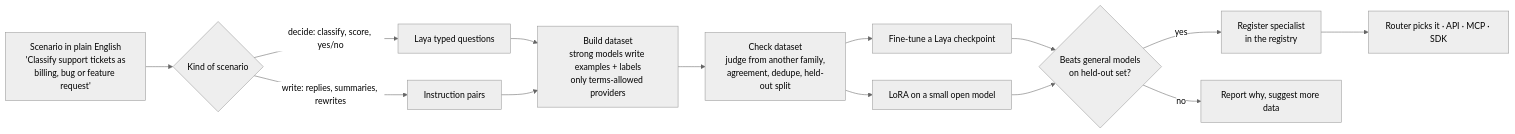
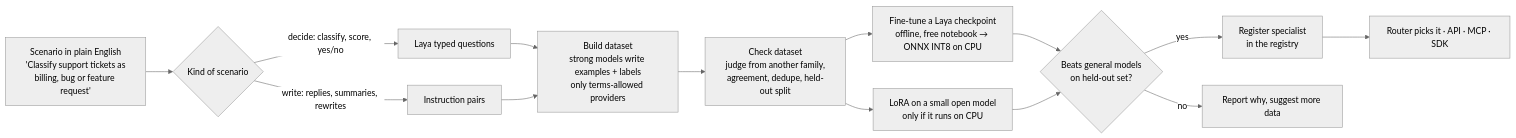
Before and after one commit to narendrachampaneri/Tempo-server: the fifth of 5 diagrams in docs/ARCHITECTURE.md, drawn with Mermaid (neutral theme). The commit also changed other lines of this file, not shown here.

First line of the commit message:
Docs: the software-only rule, and the roadmap under it

````diff
--- a/docs/ARCHITECTURE.md
+++ b/docs/ARCHITECTURE.md
@@ -646,16 +661,16 @@
 ```mermaid
 flowchart LR
     S["Scenario in plain English<br/>'Classify support tickets as<br/>billing, bug or feature request'"] --> K{Kind of scenario}
     K -- "decide: classify, score, yes/no" --> DL[Laya typed questions]
     K -- "write: replies, summaries, rewrites" --> WL[Instruction pairs]
     DL --> G["Build dataset<br/>strong models write examples + labels<br/>only terms-allowed providers"]
     WL --> G
     G --> V["Check dataset<br/>judge from another family,<br/>agreement, dedupe, held-out split"]
-    V --> T1["Fine-tune a Laya checkpoint"]
-    V --> T2["LoRA on a small open model"]
+    V --> T1["Fine-tune a Laya checkpoint<br/>offline, free notebook → ONNX INT8 on CPU"]
+    V --> T2["LoRA on a small open model<br/>only if it runs on CPU"]
     T1 --> E{"Beats general models<br/>on held-out set?"}
     T2 --> E
     E -- yes --> R["Register specialist<br/>in the registry"]
     E -- no --> B[Report why, suggest more data]
     R --> U["Router picks it · API · MCP · SDK"]
 ```
````
